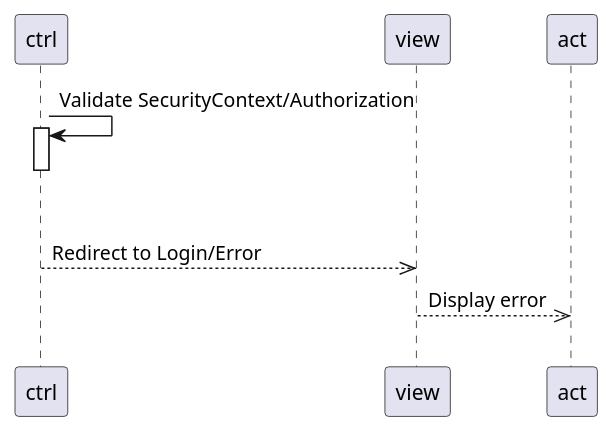
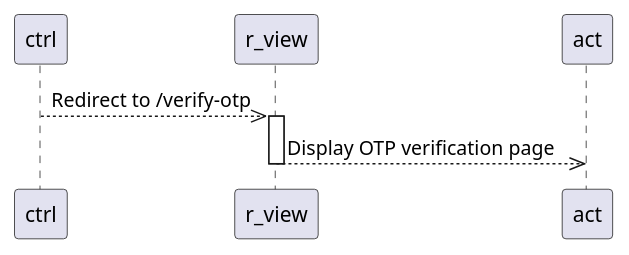
Before and after one commit to Phuoctai228/tram-truyen: the eighth of 17 diagrams in .agents/skills/plantuml_sequence_diagram/SKILL.md, drawn with PlantUML. The commit also changed other lines of this file and 34 other files, not shown here.

Commit message:
sequence ok

````diff
--- a/.agents/skills/plantuml_sequence_diagram/SKILL.md
+++ b/.agents/skills/plantuml_sequence_diagram/SKILL.md
@@ -87,8 +168,5 @@
-```plantuml
-ctrl -> ctrl++: Validate SecurityContext/Authorization
-ctrl--
-alt Unauthorized
-    ctrl -->> view: Redirect to Login/Error
-    view -->> act--: Display error
-else Authorized
-```
+   ```plantuml
+   ctrl -->> r_view--: Redirect to /verify-otp
+   activate r_view
+   r_view -->> act--: Display OTP verification page
+   ```
````
